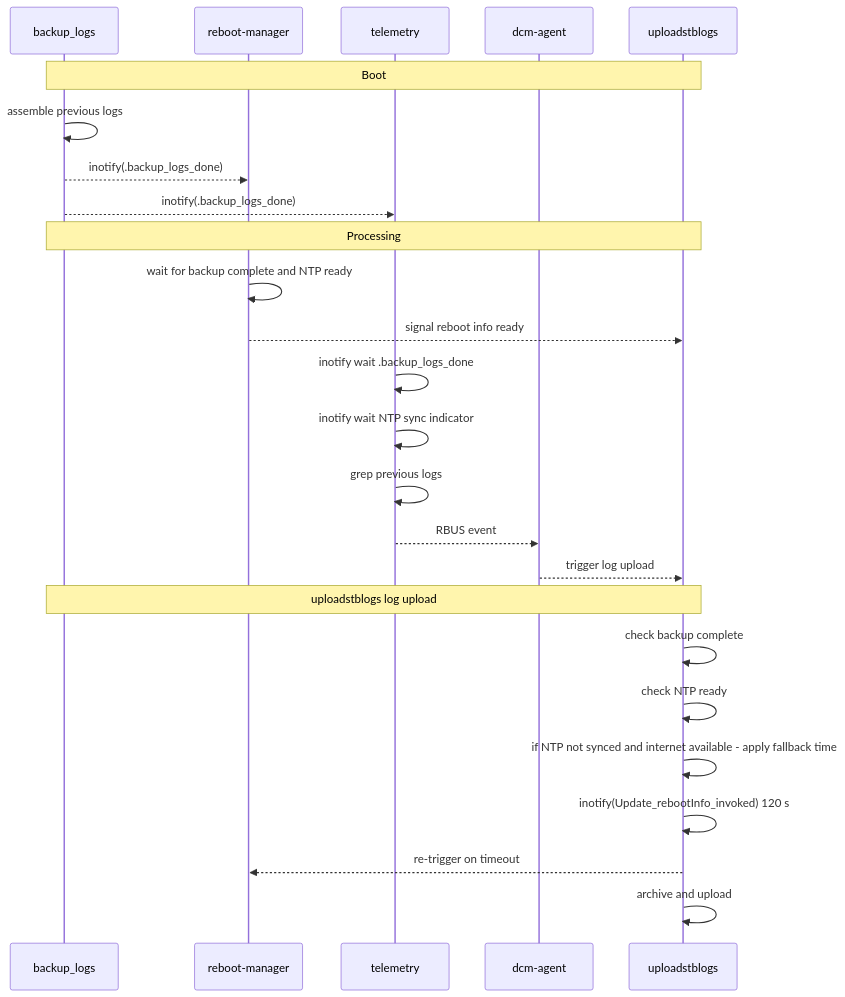
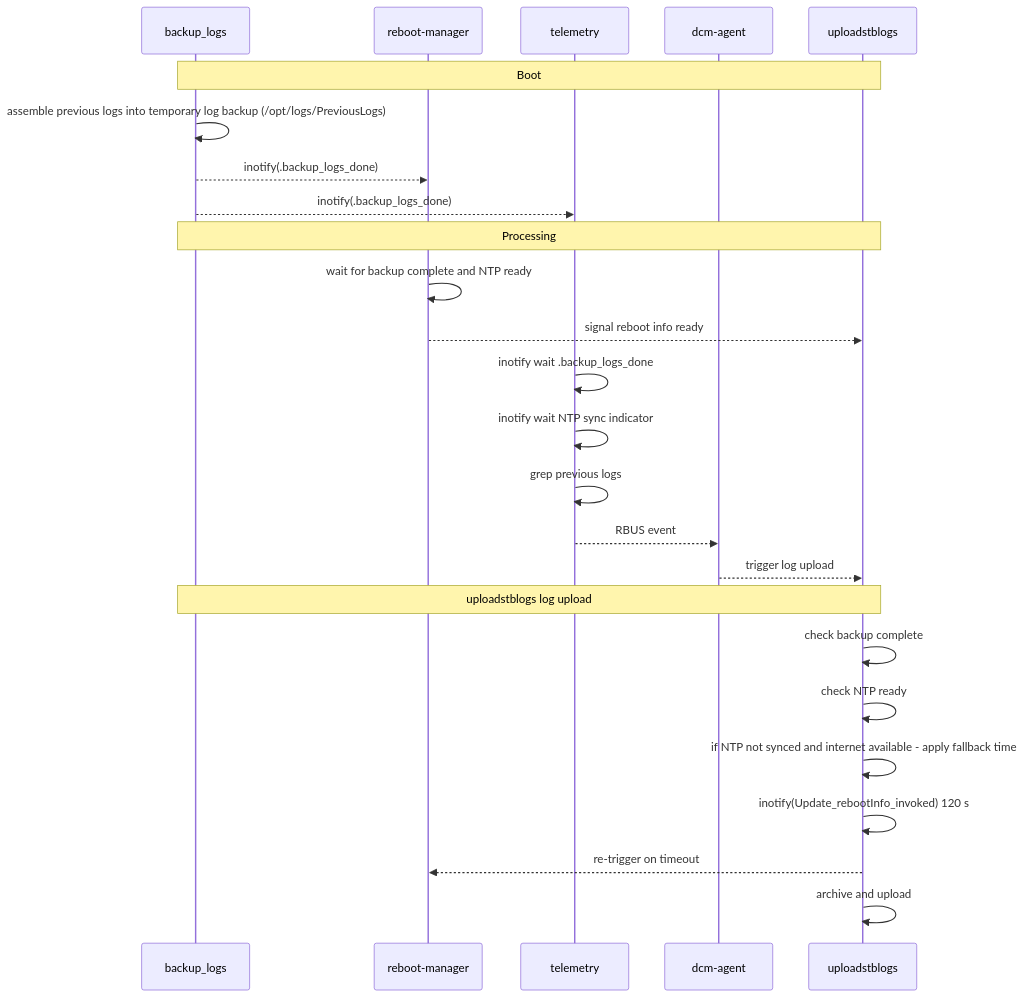
Before and after one commit to rdkcentral/dcm-agent: the first of 2 diagrams in stateanalysis.md, drawn with Mermaid. The commit also changed other lines of this file, not shown here.

````diff
--- a/stateanalysis.md
+++ b/stateanalysis.md
@@ -7,34 +7,34 @@
 ```mermaid
 sequenceDiagram
     participant BL  as backup_logs
     participant RM  as reboot-manager
     participant TEL as telemetry
     participant DCM as dcm-agent
     participant UL  as uploadstblogs
 
     note over BL,UL: Boot
 
-    BL  ->> BL  : assemble previous logs
+    BL  ->> BL  : assemble previous logs into temporary log backup (/opt/logs/PreviousLogs)
     BL  -->> RM : inotify(.backup_logs_done)
     BL  -->> TEL: inotify(.backup_logs_done)
 
     note over BL,UL: Processing
 
     RM  ->> RM  : wait for backup complete and NTP ready
     RM  -->> UL : signal reboot info ready
 
     TEL ->> TEL : inotify wait .backup_logs_done
     TEL ->> TEL : inotify wait NTP sync indicator
     TEL ->> TEL : grep previous logs
     TEL -->> DCM: RBUS event
     DCM -->> UL : trigger log upload
 
     note over BL,UL: uploadstblogs log upload
 
     UL  ->> UL  : check backup complete
     UL  ->> UL  : check NTP ready
     UL  ->> UL  : if NTP not synced and internet available - apply fallback time
     UL  ->> UL  : inotify(Update_rebootInfo_invoked) 120 s
     UL  -->> RM : re-trigger on timeout
     UL  ->> UL  : archive and upload
 ```
````
